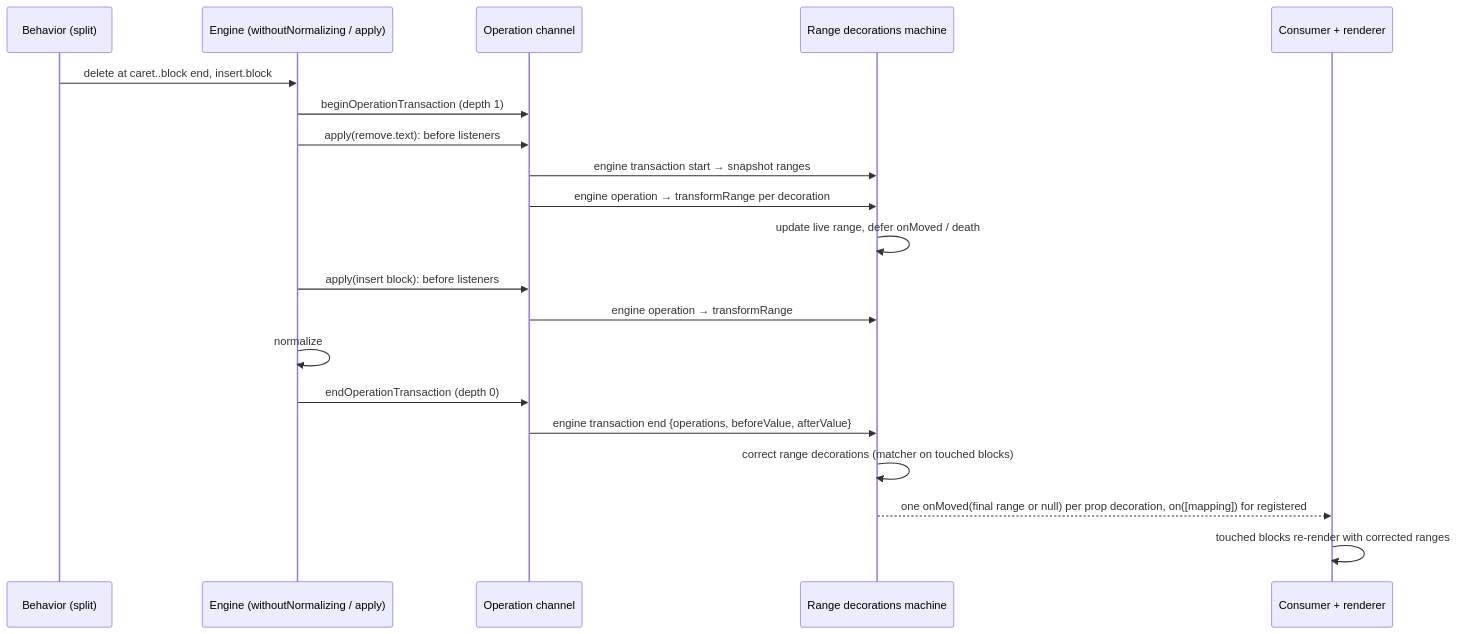
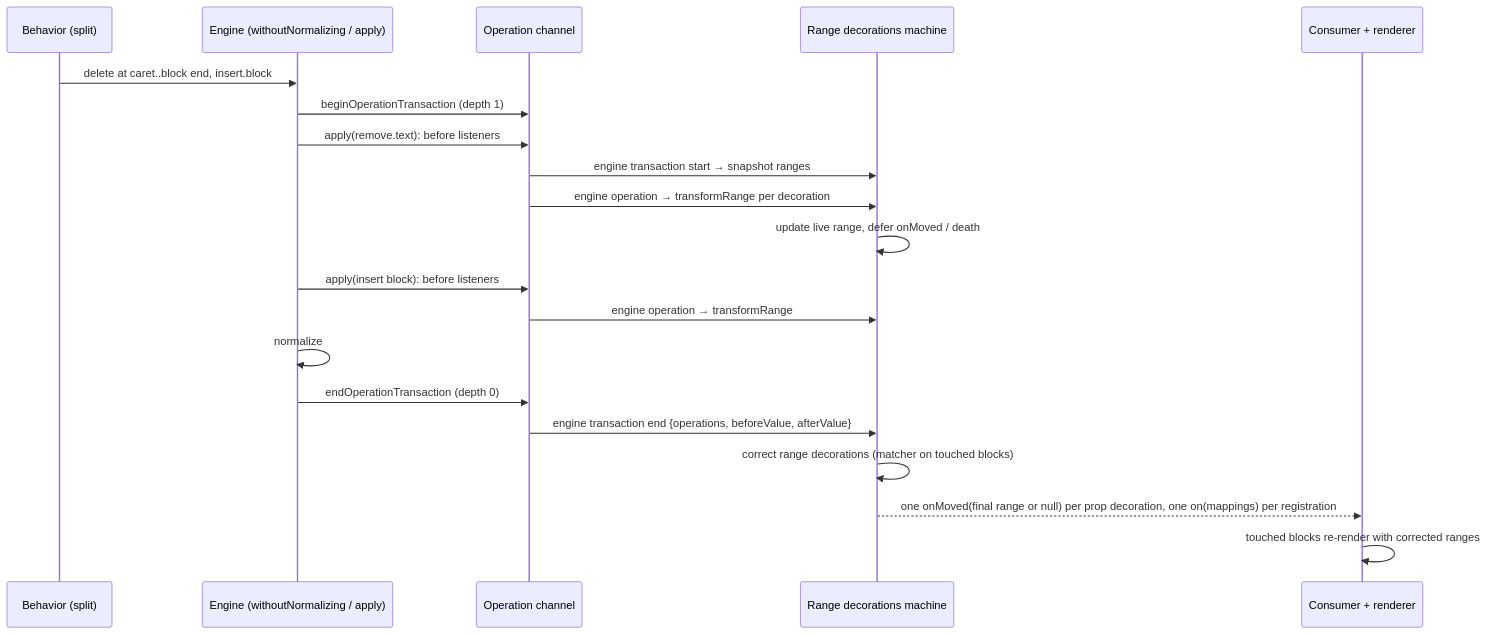
Before and after one commit to portabletext/editor: the diagram in REANCHOR-README.md, drawn with Mermaid. The commit also changed other lines of this file, not shown here.

Commit message:
docs: describe per-edit registered decoration mappings in the README

````diff
--- a/REANCHOR-README.md
+++ b/REANCHOR-README.md
@@ -154,23 +155,23 @@
 ```mermaid
 sequenceDiagram
   participant B as Behavior (split)
   participant E as Engine (withoutNormalizing / apply)
   participant C as Operation channel
   participant M as Range decorations machine
   participant R as Consumer + renderer
 
   B->>E: delete at caret..block end, insert.block
   E->>C: beginOperationTransaction (depth 1)
   E->>C: apply(remove.text): before listeners
   C->>M: engine transaction start → snapshot ranges
   C->>M: engine operation → transformRange per decoration
   M->>M: update live range, defer onMoved / death
   E->>C: apply(insert block): before listeners
   C->>M: engine operation → transformRange
   E->>E: normalize
   E->>C: endOperationTransaction (depth 0)
   C->>M: engine transaction end {operations, beforeValue, afterValue}
   M->>M: correct range decorations (matcher on touched blocks)
-  M-->>R: one onMoved(final range or null) per prop decoration, on([mapping]) for registered
+  M-->>R: one onMoved(final range or null) per prop decoration, one on(mappings) per registration
   R->>R: touched blocks re-render with corrected ranges
 ```
````
